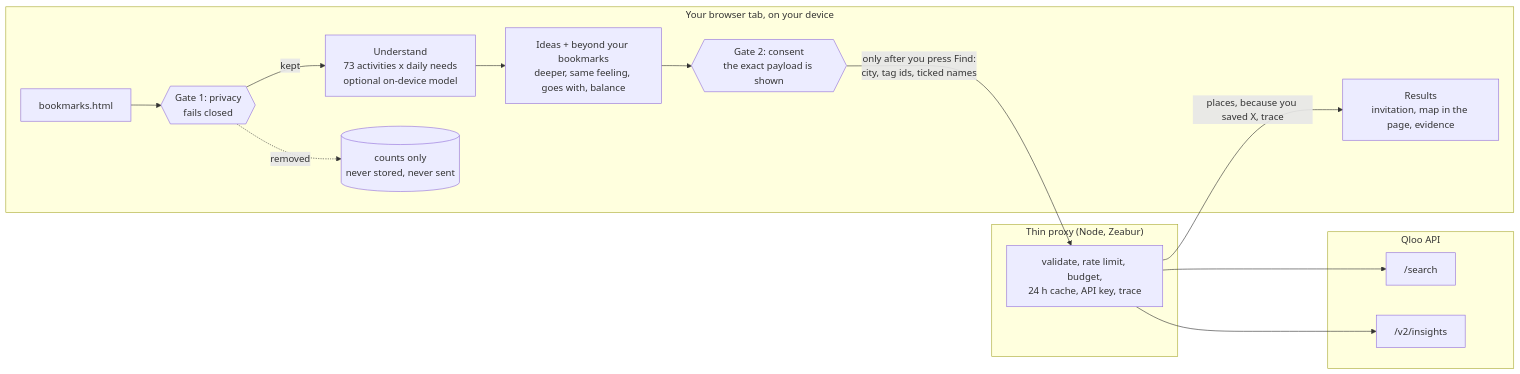
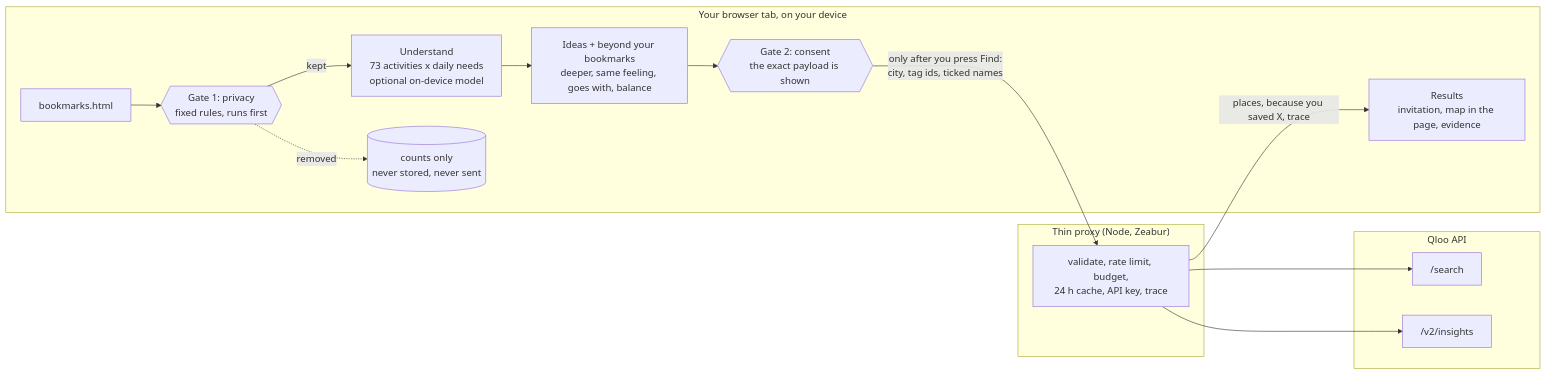
One commit to jiarong0423/understood-not-seen changed the diagram in README.md. Above: the diagram before and after it, drawn with Mermaid. The commit also changed other lines of this file and 1 other file, not shown here.

First line of the commit message:
README: correct gate, budget and AI wording; add baseline summary

````diff
--- a/README.md
+++ b/README.md
@@ -29,22 +29,22 @@
 ```mermaid
 flowchart LR
   subgraph Device["Your browser tab, on your device"]
-    B["bookmarks.html"] --> G1{{"Gate 1: privacy<br/>fails closed"}}
+    B["bookmarks.html"] --> G1{{"Gate 1: privacy<br/>fixed rules, runs first"}}
     G1 -->|kept| U["Understand<br/>73 activities x daily needs<br/>optional on-device model"]
     G1 -.->|removed| X[("counts only<br/>never stored, never sent")]
     U --> I["Ideas + beyond your bookmarks<br/>deeper, same feeling, goes with, balance"]
     I --> G2{{"Gate 2: consent<br/>the exact payload is shown"}}
     R["Results<br/>invitation, map in the page, evidence"]
   end
   subgraph Server["Thin proxy (Node, Zeabur)"]
     P["validate, rate limit, budget,<br/>24 h cache, API key, trace"]
   end
   subgraph Q["Qloo API"]
     S["/search"]
     N["/v2/insights"]
   end
   G2 -->|"only after you press Find:<br/>city, tag ids, ticked names"| P
   P --> S
   P --> N
   P -->|"places, because you saved X, trace"| R
 ```
````
